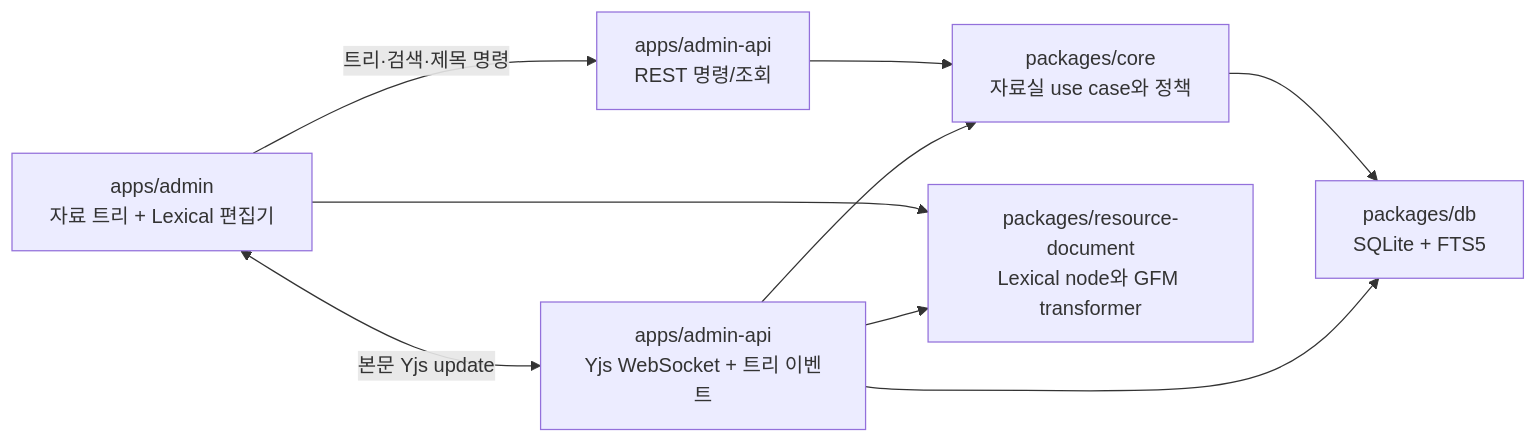
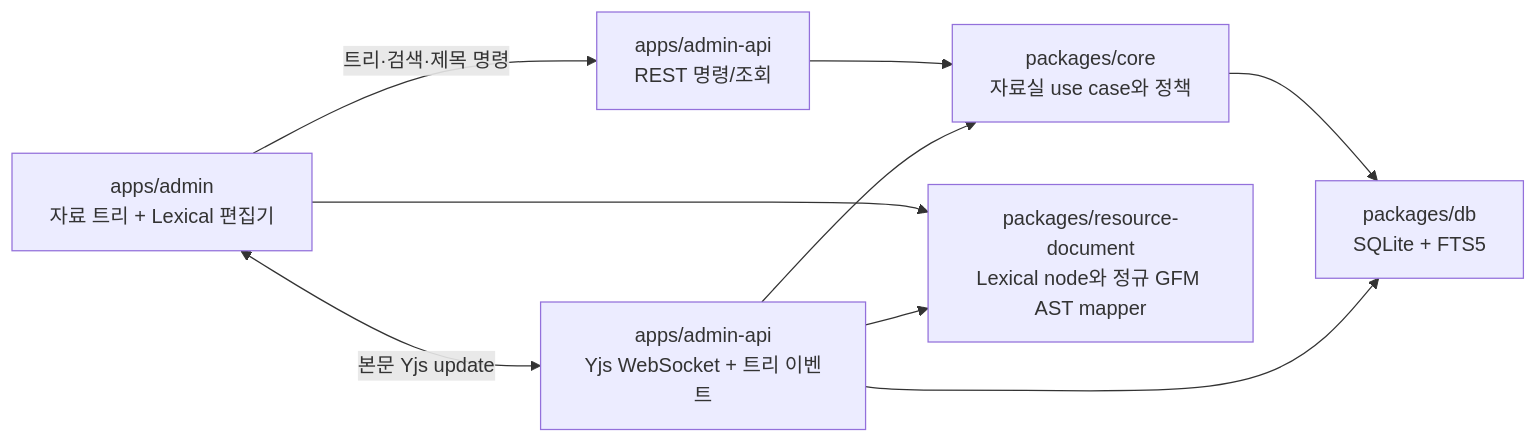
One commit to qaws7791/writing-app changed the diagram in docs/engineering/resource-library-implementation-plan.md. Above: the diagram before and after it, drawn with Mermaid. The commit also changed other lines of this file and 30 other files, not shown here.

````diff
--- a/docs/engineering/resource-library-implementation-plan.md
+++ b/docs/engineering/resource-library-implementation-plan.md
@@ -34,18 +34,18 @@
 ```mermaid
 flowchart LR
   admin["apps/admin\n자료 트리 + Lexical 편집기"]
   rest["apps/admin-api\nREST 명령/조회"]
   ws["apps/admin-api\nYjs WebSocket + 트리 이벤트"]
   core["packages/core\n자료실 use case와 정책"]
-  document["packages/resource-document\nLexical node와 GFM transformer"]
+  document["packages/resource-document\nLexical node와 정규 GFM AST mapper"]
   db["packages/db\nSQLite + FTS5"]
 
   admin -->|"트리·검색·제목 명령"| rest
   admin <-->|"본문 Yjs update"| ws
   admin --> document
   ws --> document
   rest --> core
   ws --> core
   core --> db
   ws --> db
 ```
````
